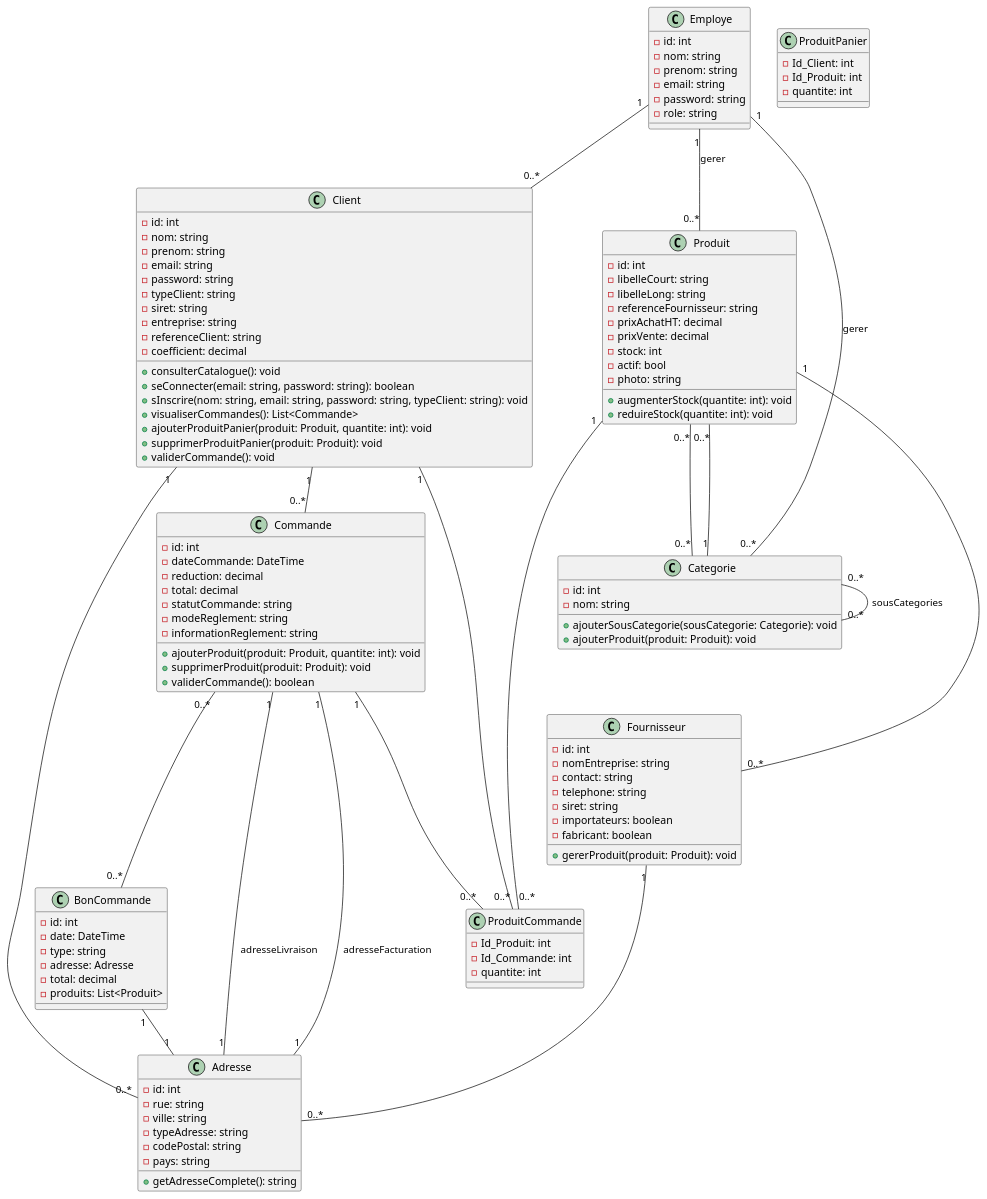
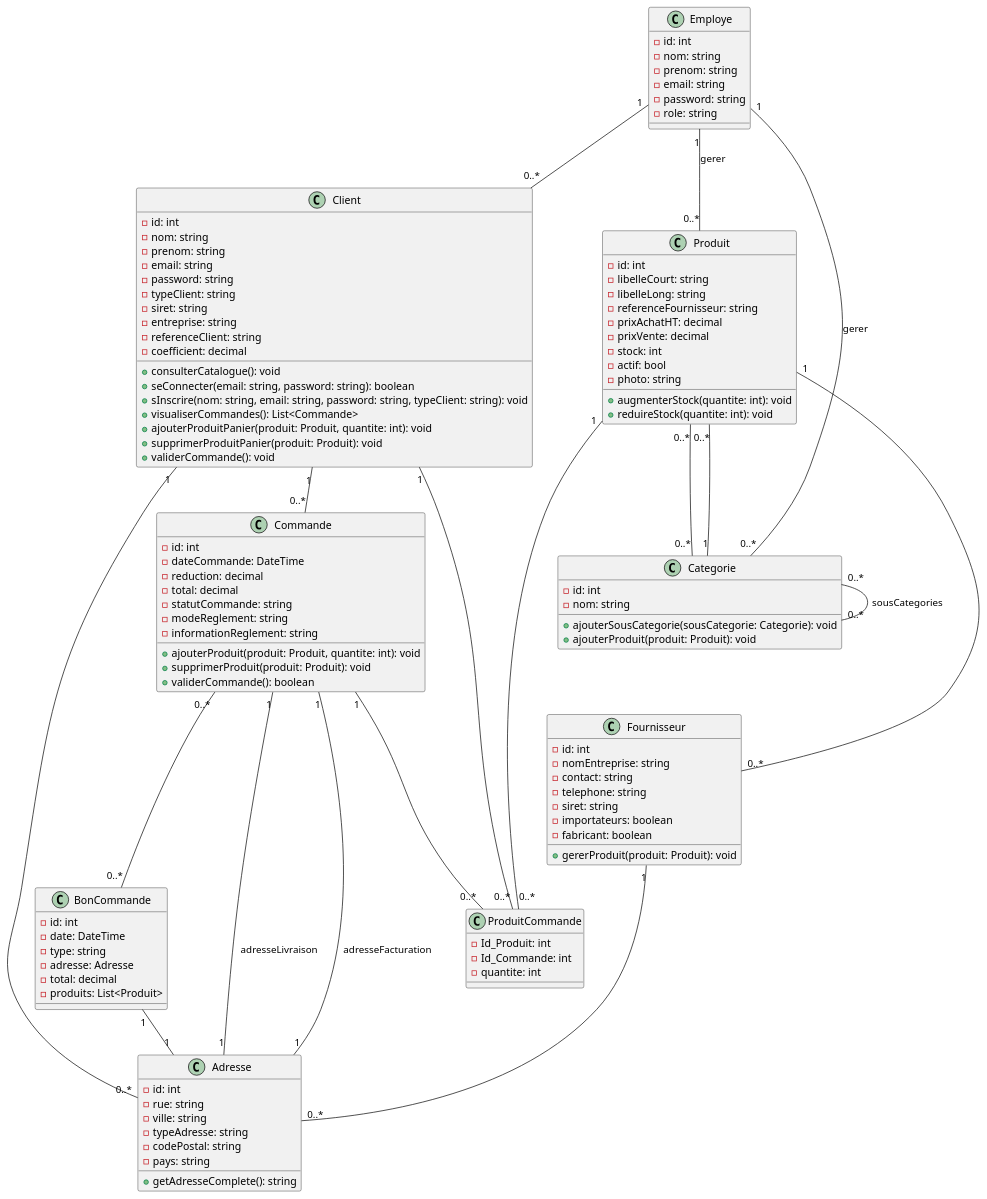
Before and after one commit to clemence95/villagegreen: the diagram in modelisation/diagramme_classe.plantuml, drawn with PlantUML.

```diff
--- a/modelisation/diagramme_classe.plantuml
+++ b/modelisation/diagramme_classe.plantuml
@@ -1,129 +1,124 @@
 @startuml diagramme_classe
 
 class Client {
     - id: int
     - nom: string
     - prenom: string
     - email: string
     - password: string
     - typeClient: string
     - siret: string
     - entreprise: string
     - referenceClient: string
     - coefficient: decimal
     + consulterCatalogue(): void
     + seConnecter(email: string, password: string): boolean
     + sInscrire(nom: string, email: string, password: string, typeClient: string): void
     + visualiserCommandes(): List<Commande>
     + ajouterProduitPanier(produit: Produit, quantite: int): void
     + supprimerProduitPanier(produit: Produit): void
     + validerCommande(): void
 }
 
 class Adresse {
     - id: int
     - rue: string
     - ville: string
     - typeAdresse: string
     - codePostal: string
     - pays: string
     + getAdresseComplete(): string
 }
 
 class Employe {
     - id: int
     - nom: string
     - prenom: string
     - email: string
     - password: string
     - role: string
 }
 
 class Produit {
     - id: int
     - libelleCourt: string
     - libelleLong: string
     - referenceFournisseur: string
     - prixAchatHT: decimal
     - prixVente: decimal
     - stock: int
     - actif: bool
     - photo: string
     + augmenterStock(quantite: int): void
     + reduireStock(quantite: int): void
 }
 
 class Categorie {
     - id: int
     - nom: string
     + ajouterSousCategorie(sousCategorie: Categorie): void
     + ajouterProduit(produit: Produit): void
 }
 
 class Fournisseur {
     - id: int
     - nomEntreprise: string
     - contact: string
     - telephone: string
     - siret: string
     - importateurs: boolean
     - fabricant: boolean
     + gererProduit(produit: Produit): void
 }
 
 class Commande {
     - id: int
     - dateCommande: DateTime
     - reduction: decimal
     - total: decimal
     - statutCommande: string
     - modeReglement: string
     - informationReglement: string
     + ajouterProduit(produit: Produit, quantite: int): void
     + supprimerProduit(produit: Produit): void
     + validerCommande(): boolean
 }
 
 class BonCommande {
     - id: int
     - date: DateTime
     - type: string
     - adresse: Adresse
     - total: decimal
     - produits: List<Produit>
 }
 
 class ProduitCommande {
     - Id_Produit: int
     - Id_Commande: int
     - quantite: int
 }
 
-class ProduitPanier {
-    - Id_Client: int
-    - Id_Produit: int
-    - quantite: int
-}
 
 Client "1" -- "0..*" Commande
 Commande "1" -- "1" Adresse : adresseLivraison
 Commande "1" -- "1" Adresse : adresseFacturation
 Client "1" -- "0..*" Adresse
 Employe "1" -- "0..*" Client
 Employe "1" -- "0..*" Produit : gerer
 Employe "1" -- "0..*" Categorie : gerer
 
 Produit "1" -- "0..*" Fournisseur
 Produit "0..*" -- "0..*" Categorie
 Categorie "0..*" -- "0..*" Categorie : sousCategories
 Categorie "1" -- "0..*" Produit
 Fournisseur "1" -- "0..*" Adresse
 Commande "0..*" -- "0..*" BonCommande
 BonCommande "1" -- "1" Adresse
 
 Client "1" -- "0..*" ProduitCommande
 Commande "1" -- "0..*" ProduitCommande
 Produit "1" -- "0..*" ProduitCommande
 
 
 @enduml
```
